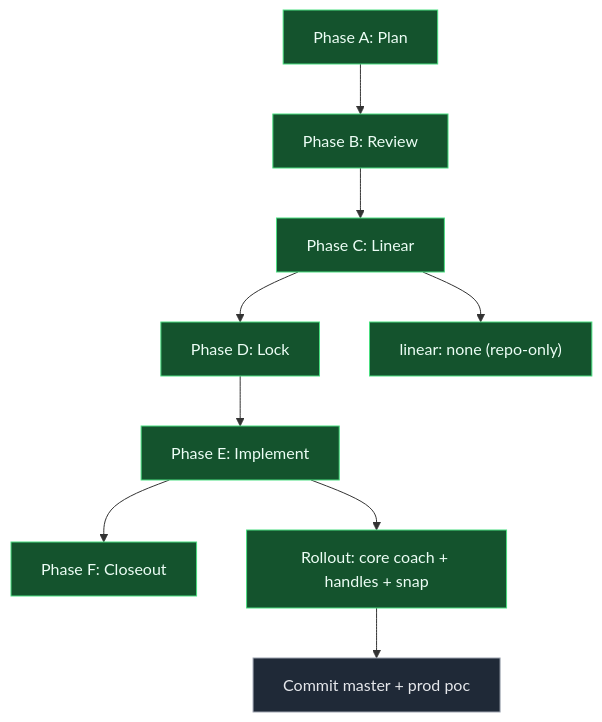
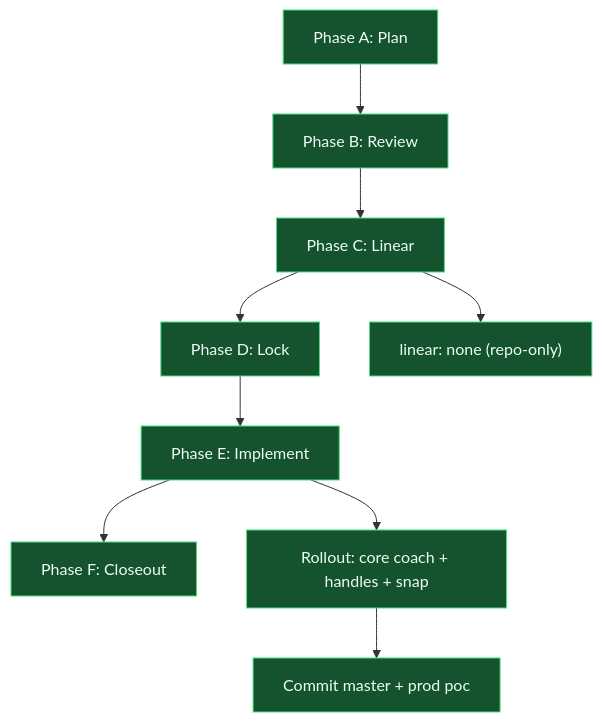
Before and after one commit to bstockwelldev/agent-graph-builder: the second of 2 diagrams in docs/planning/features/canvas-authoring-literacy-plan.md, drawn with Mermaid. The commit also changed other lines of this file and 1 other file, not shown here.

````diff
--- a/docs/planning/features/canvas-authoring-literacy-plan.md
+++ b/docs/planning/features/canvas-authoring-literacy-plan.md
@@ -357,23 +359,23 @@
 ```mermaid
 flowchart TB
   classDef done fill:#14532d,stroke:#4ade80,color:#ecfdf5
   classDef active fill:#422006,stroke:#facc15,color:#fef9c3
   classDef review fill:#1e3a5f,stroke:#60a5fa,color:#dbeafe
   classDef backlog fill:#1f2937,stroke:#9ca3af,color:#e5e7eb
 
   phase:A["Phase A: Plan"]:::done
   phase:B["Phase B: Review"]:::done
   phase:C["Phase C: Linear"]:::done
   phase:D["Phase D: Lock"]:::done
   phase:E["Phase E: Implement"]:::done
   phase:F["Phase F: Closeout"]:::done
 
   issue:none["linear: none (repo-only)"]:::done
 
   step:core["Rollout: core coach + handles + snap"]:::done
-  step:pr["Commit master + prod poc"]:::backlog
+  step:pr["Commit master + prod poc"]:::done
 
   phase:A --> phase:B --> phase:C --> phase:D --> phase:E --> phase:F
   phase:C --> issue:none
   phase:E --> step:core --> step:pr
 ```
````
